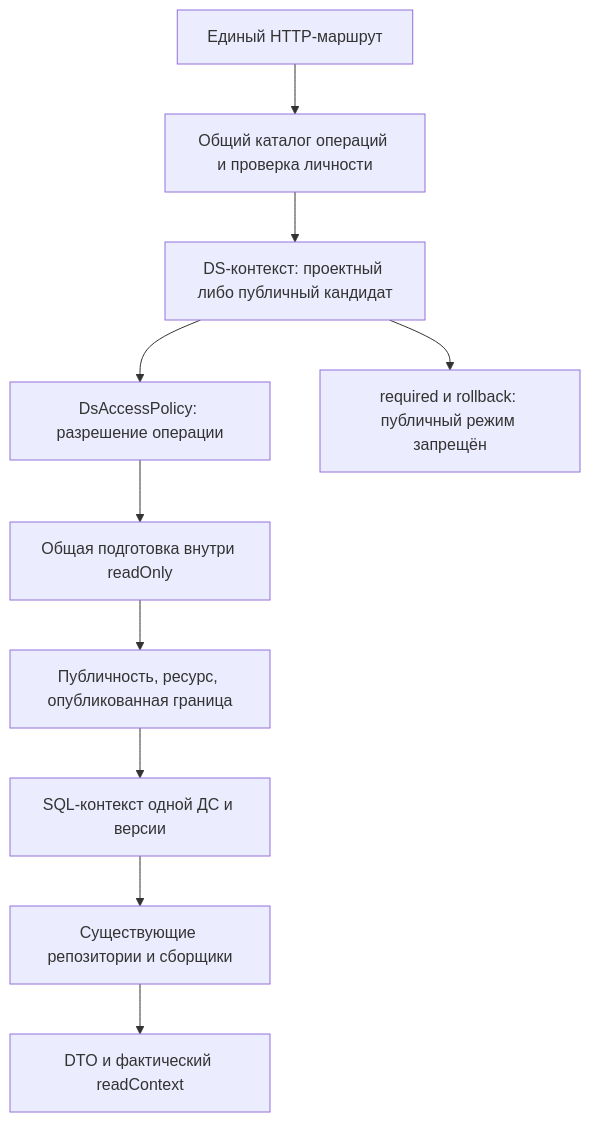
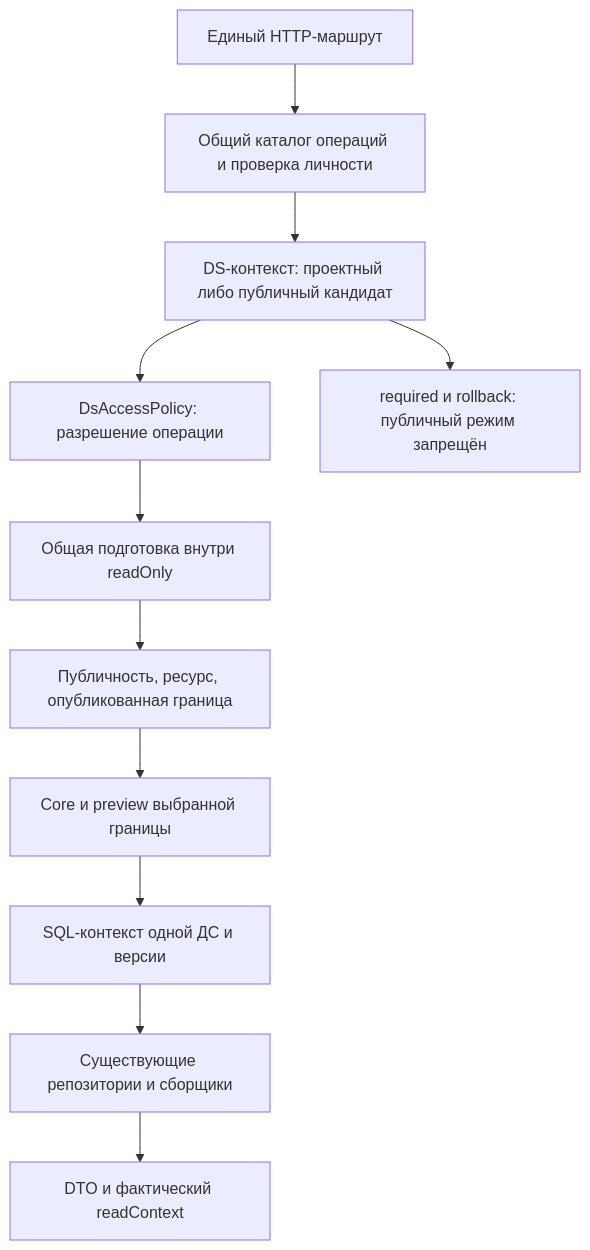
One commit to salute-developers/design-system-builder changed the diagram in openspec/changes/add-public-design-system-reading/design.md. Above: the diagram before and after it, drawn with Mermaid. The commit also changed other lines of this file and 11 other files, not shown here.

````diff
--- a/openspec/changes/add-public-design-system-reading/design.md
+++ b/openspec/changes/add-public-design-system-reading/design.md
@@ -61,12 +61,13 @@
 ```mermaid
 flowchart TD
     A[Единый HTTP-маршрут] --> B[Общий каталог операций и проверка личности]
     B --> C[DS-контекст: проектный либо публичный кандидат]
     C --> D[DsAccessPolicy: разрешение операции]
     D --> E[Общая подготовка внутри readOnly]
     E --> F[Публичность, ресурс, опубликованная граница]
-    F --> G[SQL-контекст одной ДС и версии]
+    F --> K[Core и preview выбранной границы]
+    K --> G[SQL-контекст одной ДС и версии]
     G --> H[Существующие репозитории и сборщики]
     H --> I[DTO и фактический readContext]
     C --> J[required и rollback: публичный режим запрещён]
 ```
````
